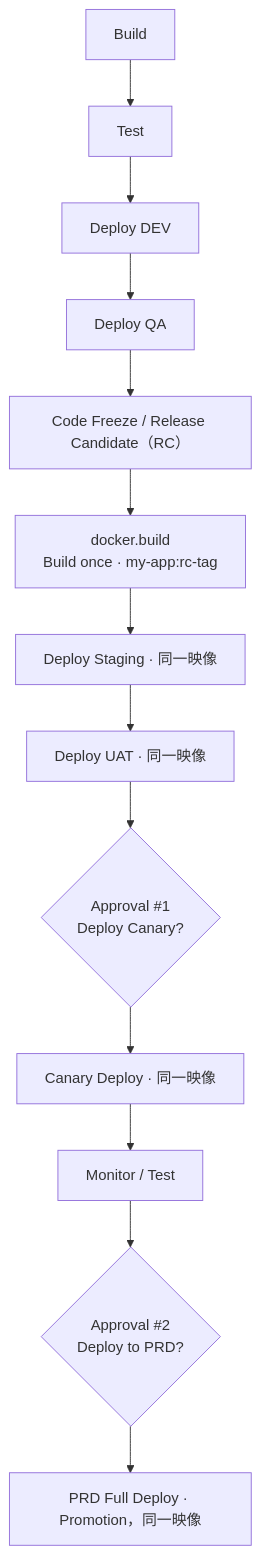
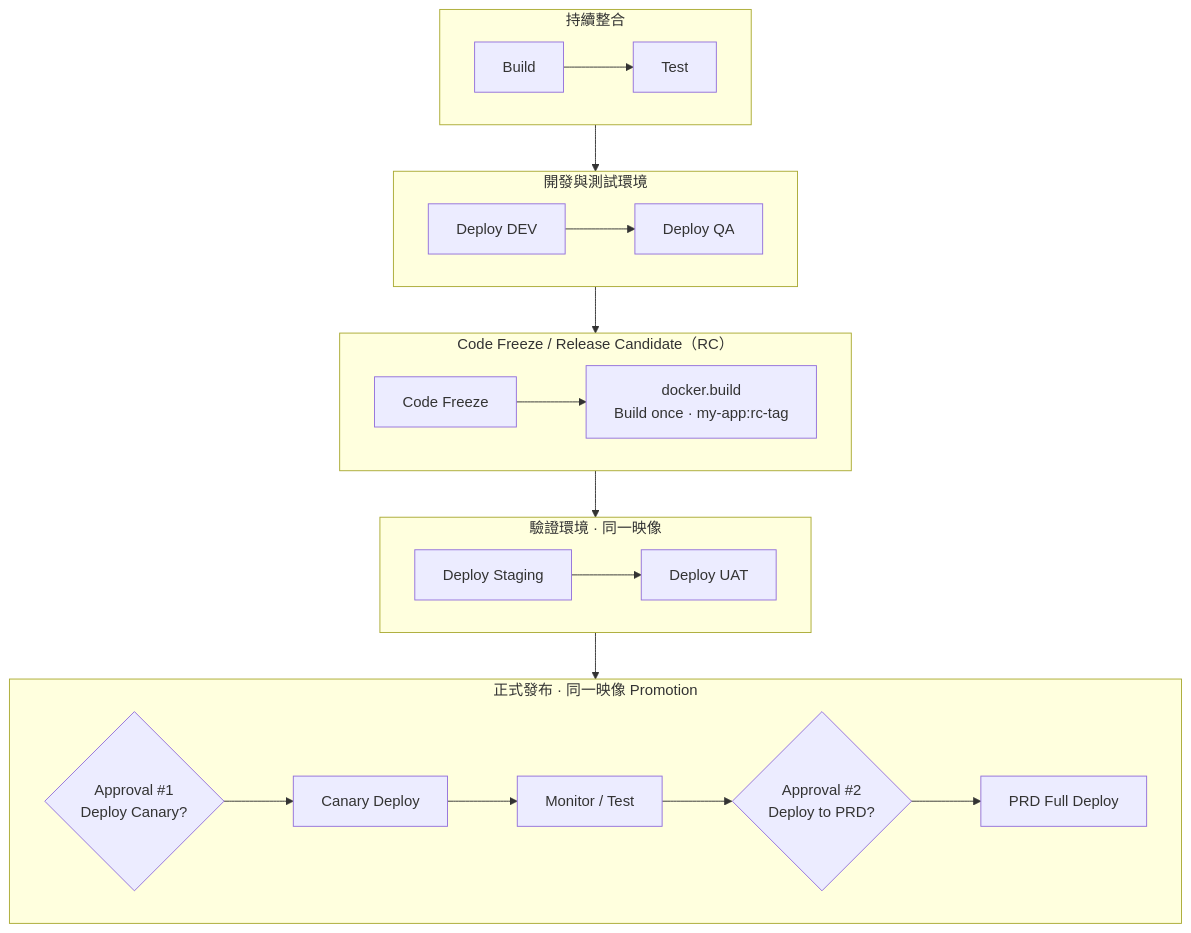
The first of 2 diagrams in CI-CD-PIPELINE.md (ytliuSVN/ros2-web-monitoring), drawn with Mermaid before and after one commit.

Commit message:
Refactor CI/CD Pipeline flowchart to improve organization by grouping stages into subgraphs for better clarity and understanding.

````diff
--- a/CI-CD-PIPELINE.md
+++ b/CI-CD-PIPELINE.md
@@ -21,15 +21,35 @@
 ```mermaid
 flowchart TD
-    build[Build] --> test[Test]
-    test --> dev[Deploy DEV]
-    dev --> qa[Deploy QA]
-    qa --> freeze["Code Freeze / Release Candidate（RC）"]
-    freeze --> docker["docker.build<br/>Build once · my-app:rc-tag"]
-    docker --> staging["Deploy Staging · 同一映像"]
-    staging --> uat["Deploy UAT · 同一映像"]
-    uat --> approval1{"Approval #1<br/>Deploy Canary?"}
-    approval1 --> canary["Canary Deploy · 同一映像"]
-    canary --> monitor["Monitor / Test"]
-    monitor --> approval2{"Approval #2<br/>Deploy to PRD?"}
-    approval2 --> prd["PRD Full Deploy · Promotion，同一映像"]
+    subgraph ci["持續整合"]
+        direction LR
+        build[Build] --> test[Test]
+    end
+
+    subgraph devqa["開發與測試環境"]
+        direction LR
+        dev[Deploy DEV] --> qa[Deploy QA]
+    end
+
+    subgraph rc["Code Freeze / Release Candidate（RC）"]
+        direction LR
+        freeze[Code Freeze] --> docker["docker.build<br/>Build once · my-app:rc-tag"]
+    end
+
+    subgraph preprod["驗證環境 · 同一映像"]
+        direction LR
+        staging[Deploy Staging] --> uat[Deploy UAT]
+    end
+
+    subgraph release["正式發布 · 同一映像 Promotion"]
+        direction LR
+        approval1{"Approval #1<br/>Deploy Canary?"} --> canary[Canary Deploy]
+        canary --> monitor["Monitor / Test"]
+        monitor --> approval2{"Approval #2<br/>Deploy to PRD?"}
+        approval2 --> prd[PRD Full Deploy]
+    end
+
+    ci --> devqa
+    devqa --> rc
+    rc --> preprod
+    preprod --> release
 ```
````
